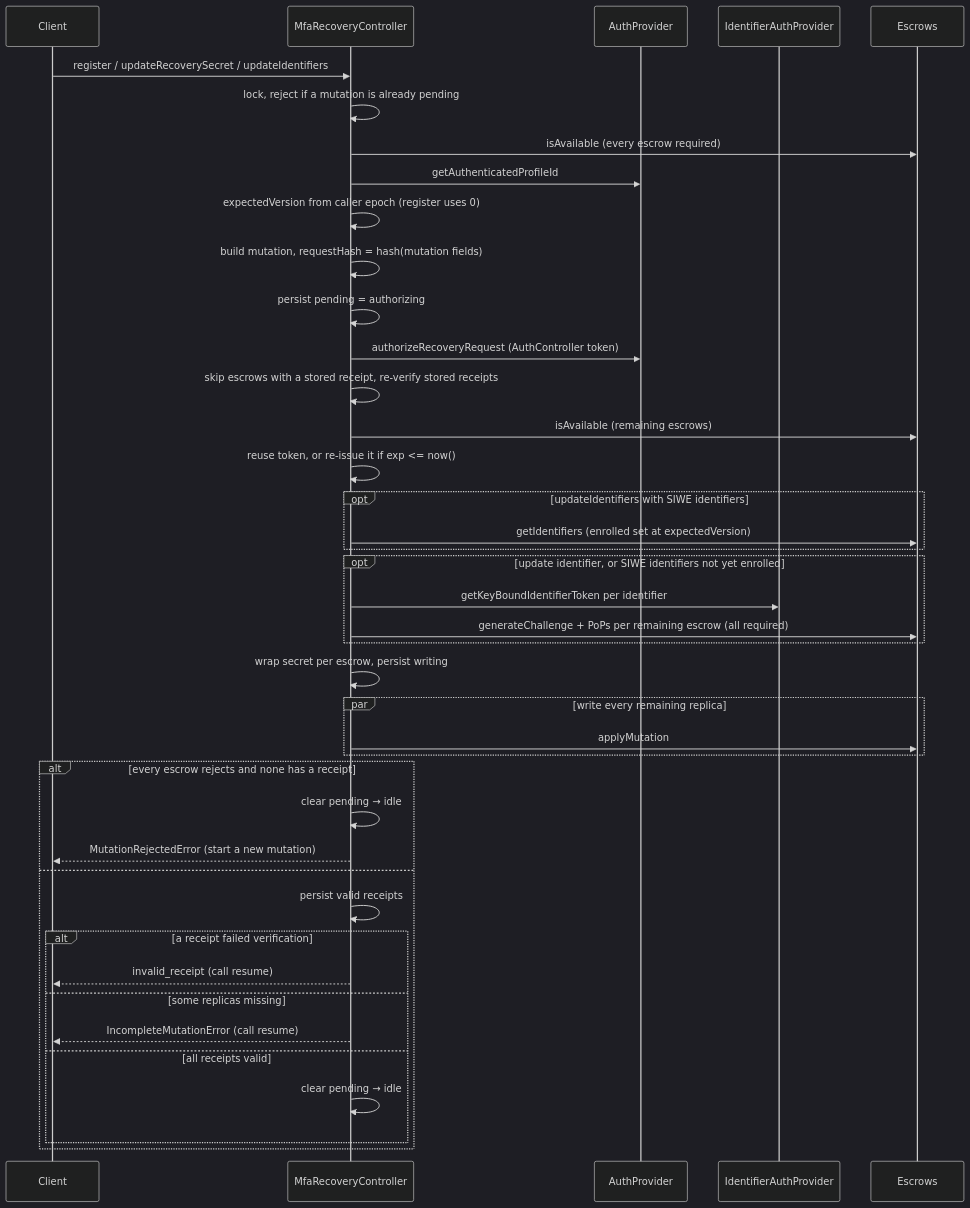
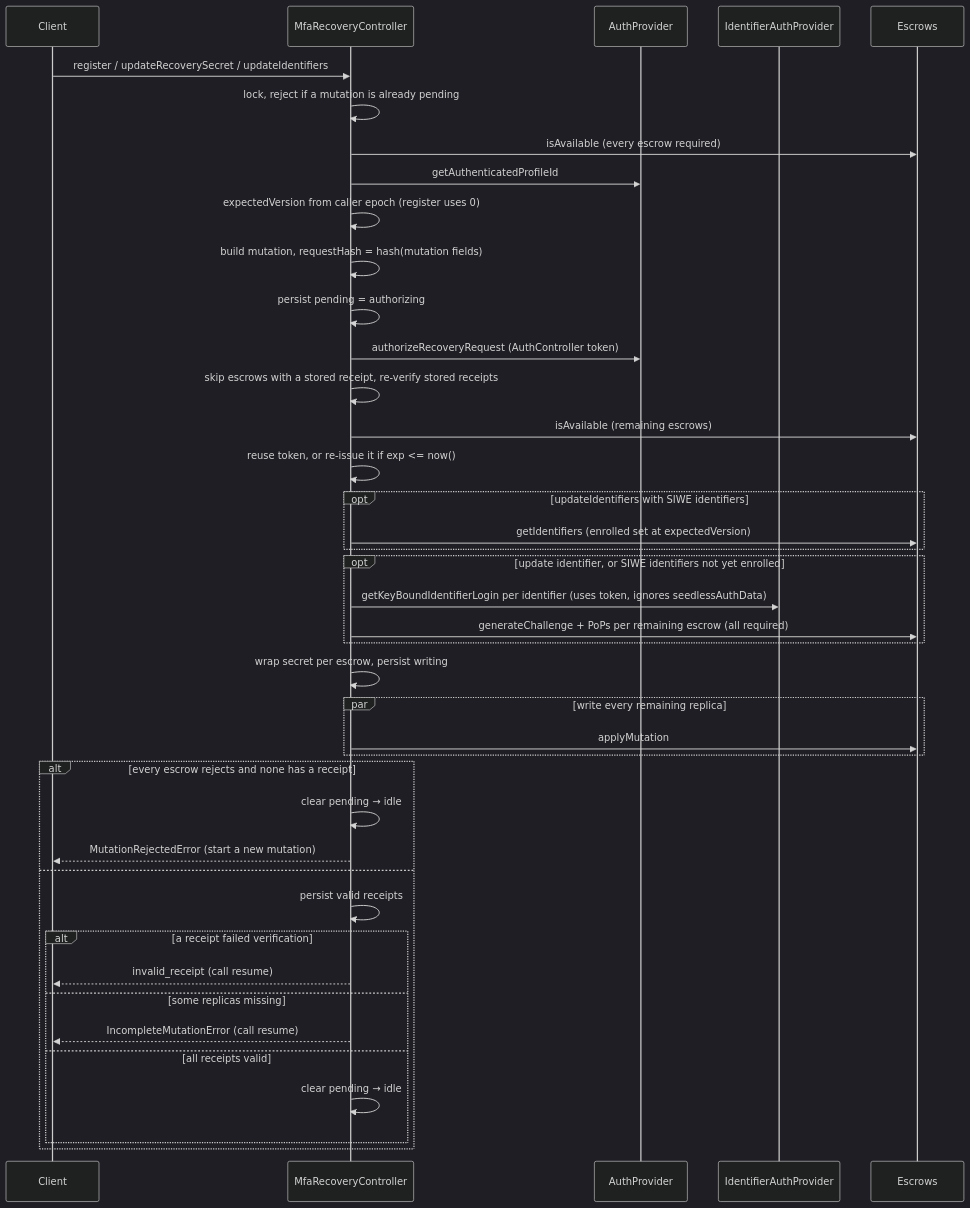
One commit to MetaMask/core changed the third of 5 diagrams in packages/mfa-recovery-controller/ARCHITECTURE.md. Above: the diagram before and after it, drawn with Mermaid (dark theme). The commit also changed other lines of this file and 22 other files, not shown here.

First line of the commit message:
feat: return seedless auth data from one identifier login (#11224)

````diff
--- a/packages/mfa-recovery-controller/ARCHITECTURE.md
+++ b/packages/mfa-recovery-controller/ARCHITECTURE.md
@@ -137,44 +137,44 @@
 ```mermaid
 sequenceDiagram
   participant C as Client
   participant M as MfaRecoveryController
   participant A as AuthProvider
   participant I as IdentifierAuthProvider
   participant E as Escrows
 
   C->>M: register / updateRecoverySecret / updateIdentifiers
   M->>M: lock, reject if a mutation is already pending
   M->>E: isAvailable (every escrow required)
   M->>A: getAuthenticatedProfileId
   M->>M: expectedVersion from caller epoch (register uses 0)
   M->>M: build mutation, requestHash = hash(mutation fields)
   M->>M: persist pending = authorizing
   M->>A: authorizeRecoveryRequest (AuthController token)
   M->>M: skip escrows with a stored receipt, re-verify stored receipts
   M->>E: isAvailable (remaining escrows)
   M->>M: reuse token, or re-issue it if exp <= now()
   opt updateIdentifiers with SIWE identifiers
     M->>E: getIdentifiers (enrolled set at expectedVersion)
   end
   opt update identifier, or SIWE identifiers not yet enrolled
-    M->>I: getKeyBoundIdentifierToken per identifier
+    M->>I: getKeyBoundIdentifierLogin per identifier (uses token, ignores seedlessAuthData)
     M->>E: generateChallenge + PoPs per remaining escrow (all required)
   end
   M->>M: wrap secret per escrow, persist writing
   par write every remaining replica
     M->>E: applyMutation
   end
   alt every escrow rejects and none has a receipt
     M->>M: clear pending → idle
     M-->>C: MutationRejectedError (start a new mutation)
   else
     M->>M: persist valid receipts
     alt a receipt failed verification
       M-->>C: invalid_receipt (call resume)
     else some replicas missing
       M-->>C: IncompleteMutationError (call resume)
     else all receipts valid
       M->>M: clear pending → idle
     end
   end
 ```
````
